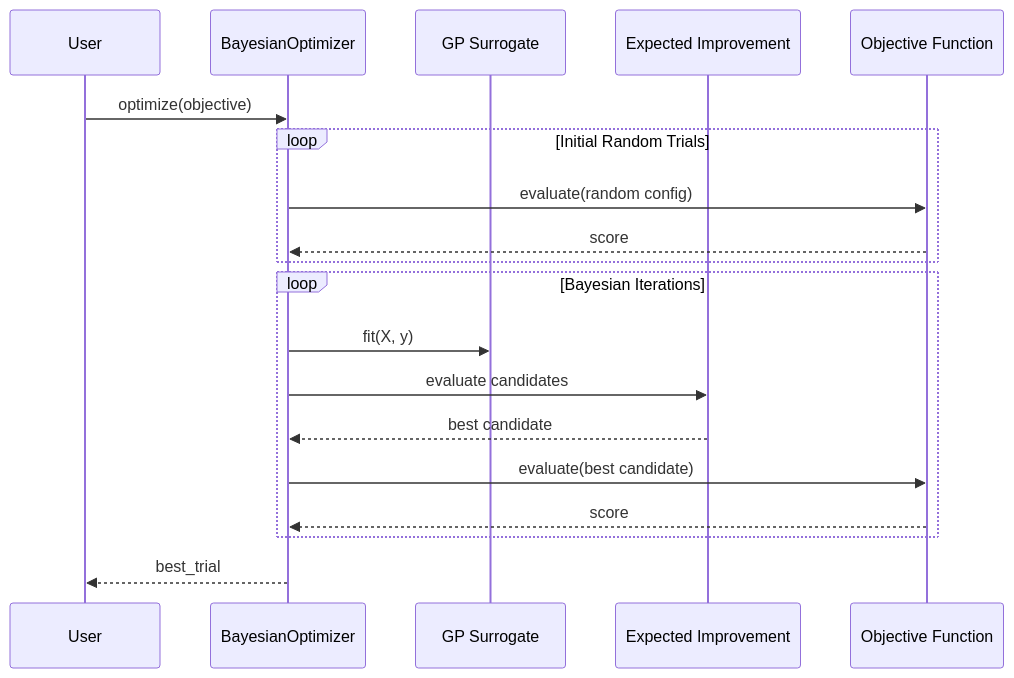
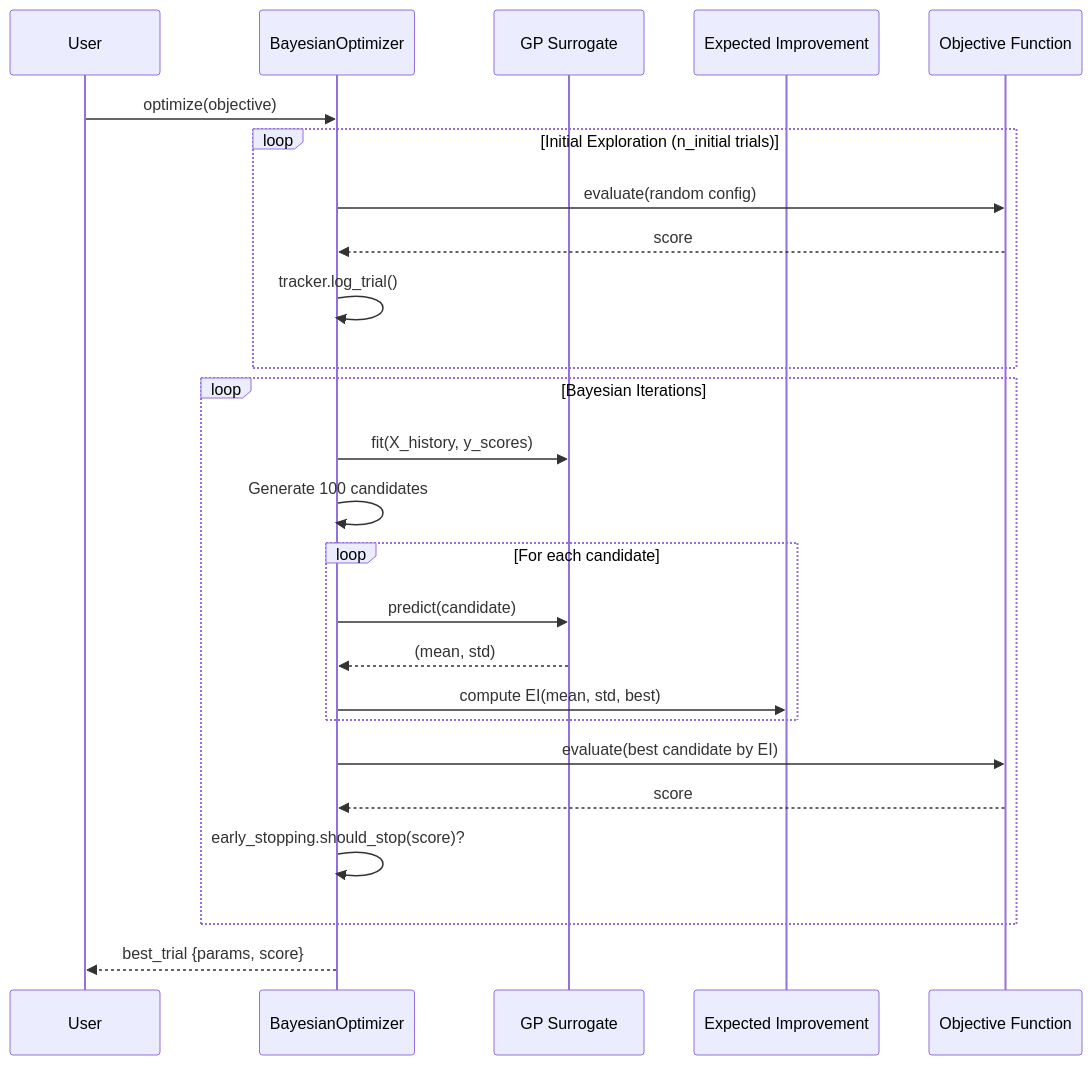
One commit to galafis/automl-hyperparameter-optimization changed the fourth of 4 diagrams in README.md. Above: the diagram before and after it, drawn with Mermaid. The commit also changed other lines of this file and 2 other files, not shown here.

````diff
--- a/README.md
+++ b/README.md
@@ -58,22 +300,28 @@
 ```mermaid
 sequenceDiagram
-    participant User
+    participant U as User
     participant BO as BayesianOptimizer
     participant GP as GP Surrogate
     participant EI as Expected Improvement
     participant Obj as Objective Function
 
-    User->>BO: optimize(objective)
-    loop Initial Random Trials
+    U->>BO: optimize(objective)
+    loop Initial Exploration (n_initial trials)
         BO->>Obj: evaluate(random config)
         Obj-->>BO: score
+        BO->>BO: tracker.log_trial()
     end
     loop Bayesian Iterations
-        BO->>GP: fit(X, y)
-        BO->>EI: evaluate candidates
-        EI-->>BO: best candidate
-        BO->>Obj: evaluate(best candidate)
+        BO->>GP: fit(X_history, y_scores)
+        BO->>BO: Generate 100 candidates
+        loop For each candidate
+            BO->>GP: predict(candidate)
+            GP-->>BO: (mean, std)
+            BO->>EI: compute EI(mean, std, best)
+        end
+        BO->>Obj: evaluate(best candidate by EI)
         Obj-->>BO: score
+        BO->>BO: early_stopping.should_stop(score)?
     end
-    BO-->>User: best_trial
+    BO-->>U: best_trial {params, score}
 ```
````
